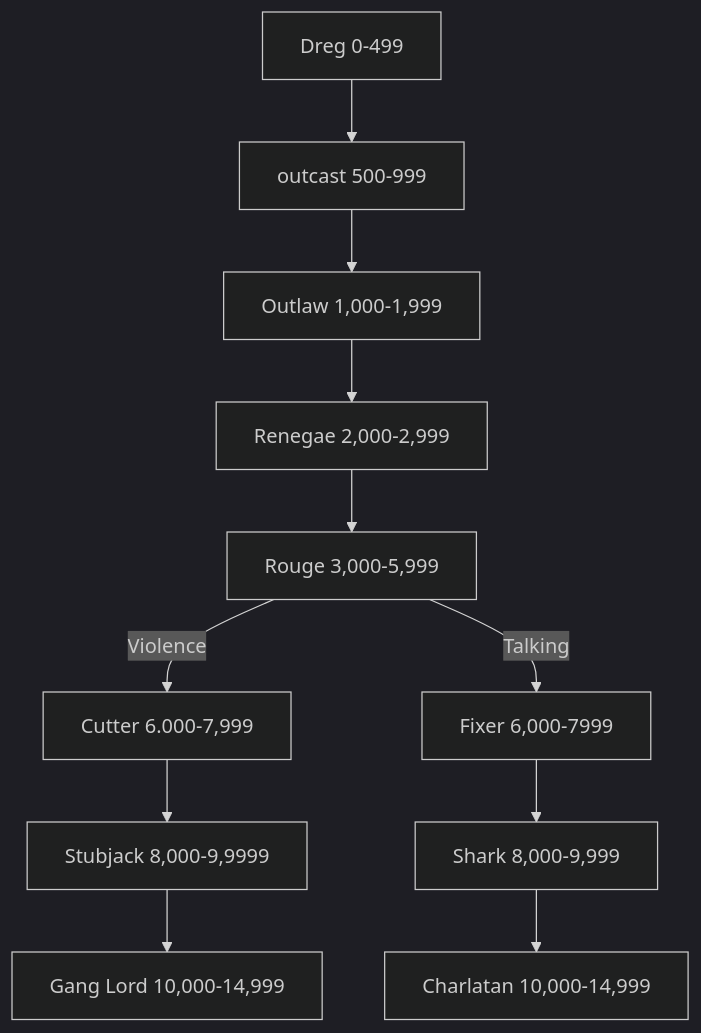
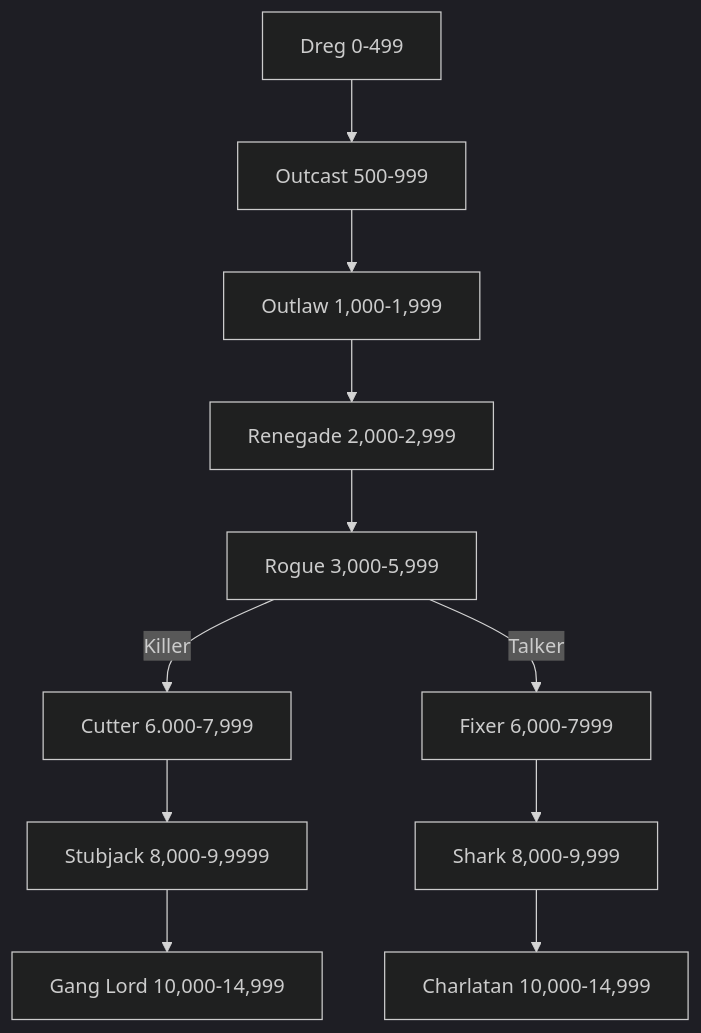
Before and after one commit to zyzyx159/Rule-books: the diagram in Careers/Scum.md, drawn with Mermaid (dark theme). The commit also changed other lines of this file and 4 other files, not shown here.

````diff
--- a/Careers/Scum.md
+++ b/Careers/Scum.md
@@ -20,13 +20,13 @@
 ```mermaid
 graph TD
-A[Dreg 0-499] --> B[outcast 500-999];
+A[Dreg 0-499] --> B[Outcast 500-999];
 B --> C[Outlaw 1,000-1,999];
-C --> D[Renegae 2,000-2,999];
-D --> E[Rouge 3,000-5,999]
-E -- Violence --> F[Cutter 6.000-7,999]
+C --> D[Renegade 2,000-2,999];
+D --> E[Rogue 3,000-5,999]
+E -- Killer --> F[Cutter 6.000-7,999]
 F --> G[Stubjack 8,000-9,9999]
 G --> H[Gang Lord 10,000-14,999]
-E -- Talking --> I[Fixer 6,000-7999]
+E -- Talker --> I[Fixer 6,000-7999]
 I --> J[Shark 8,000-9,999]
 J --> K[Charlatan 10,000-14,999]
 ```
````
